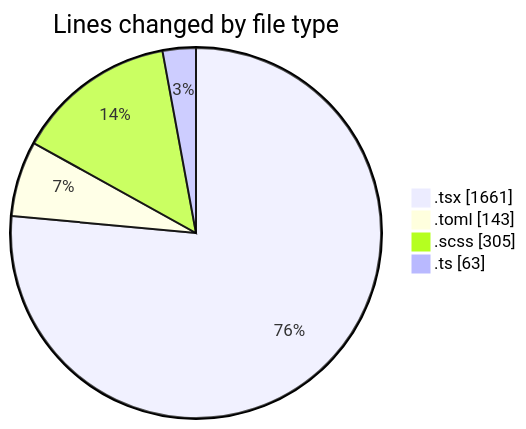
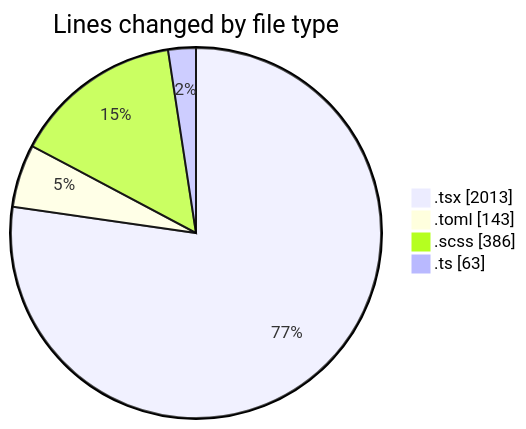
One commit to momahboobian/code-tracking changed the first of 2 diagrams in 2026-11-02/cda/README.md. Above: the diagram before and after it, drawn with Mermaid. The commit also changed other lines of this file and 1 other file, not shown here.

````diff
--- a/2026-11-02/cda/README.md
+++ b/2026-11-02/cda/README.md
@@ -31,8 +33,8 @@
 ```mermaid
 pie showData
 title Lines changed by file type
-".tsx" : 1661
+".tsx" : 2013
 ".toml" : 143
-".scss" : 305
+".scss" : 386
 ".ts" : 63
 ```
````
